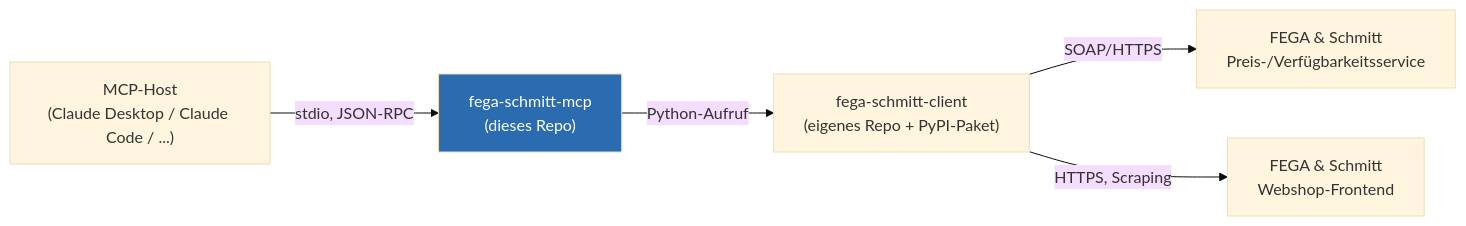
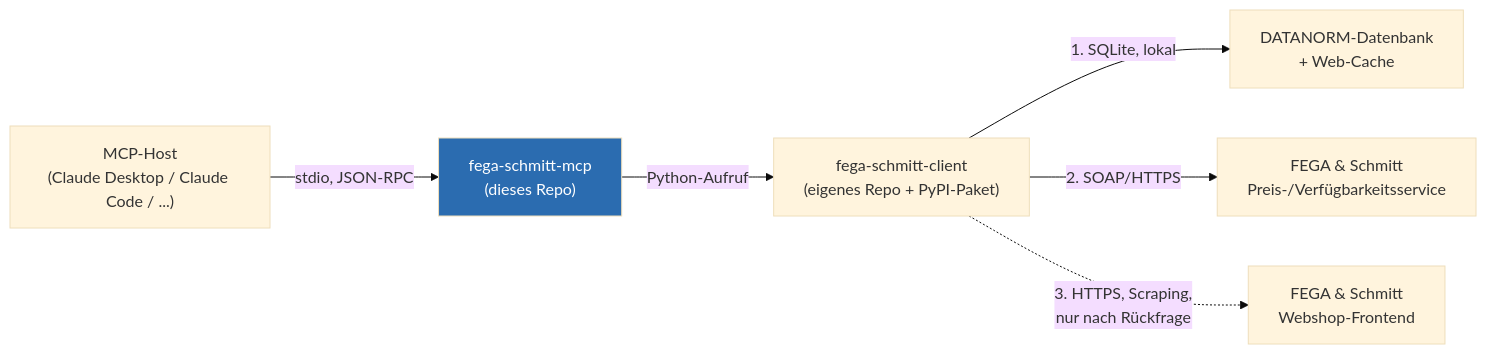
Before and after one commit to the78mole/fega-schmitt-mcp: the diagram in README.md, drawn with Mermaid (base theme). The commit also changed other lines of this file and 9 other files, not shown here.

First line of the commit message:
feat: look up articles in DATANORM and SOAP, webshop only with the user's consent

````diff
--- a/README.md
+++ b/README.md
@@ -22,9 +31,10 @@
 ```mermaid
 graph LR
     Host["MCP-Host<br/>(Claude Desktop / Claude Code / ...)"] -->|stdio, JSON-RPC| MCP["fega-schmitt-mcp<br/>(dieses Repo)"]
     MCP -->|Python-Aufruf| LIB["fega-schmitt-client<br/>(eigenes Repo + PyPI-Paket)"]
-    LIB -->|SOAP/HTTPS| API["FEGA & Schmitt<br/>Preis-/Verfügbarkeitsservice"]
-    LIB -->|HTTPS, Scraping| SHOP["FEGA & Schmitt<br/>Webshop-Frontend"]
+    LIB -->|1. SQLite, lokal| DN["DATANORM-Datenbank<br/>+ Web-Cache"]
+    LIB -->|2. SOAP/HTTPS| API["FEGA & Schmitt<br/>Preis-/Verfügbarkeitsservice"]
+    LIB -.->|3. HTTPS, Scraping,<br/>nur nach Rückfrage| SHOP["FEGA & Schmitt<br/>Webshop-Frontend"]
 
     style MCP fill:#2b6cb0,color:#fff
 ```
````
